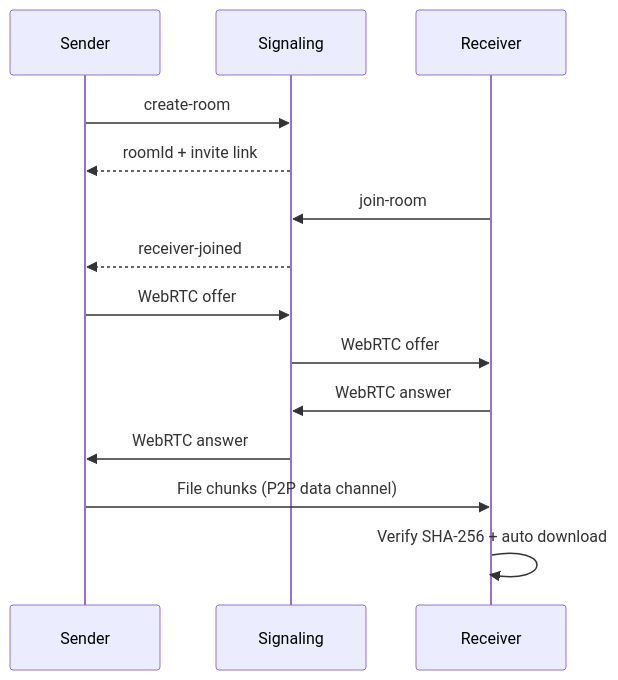
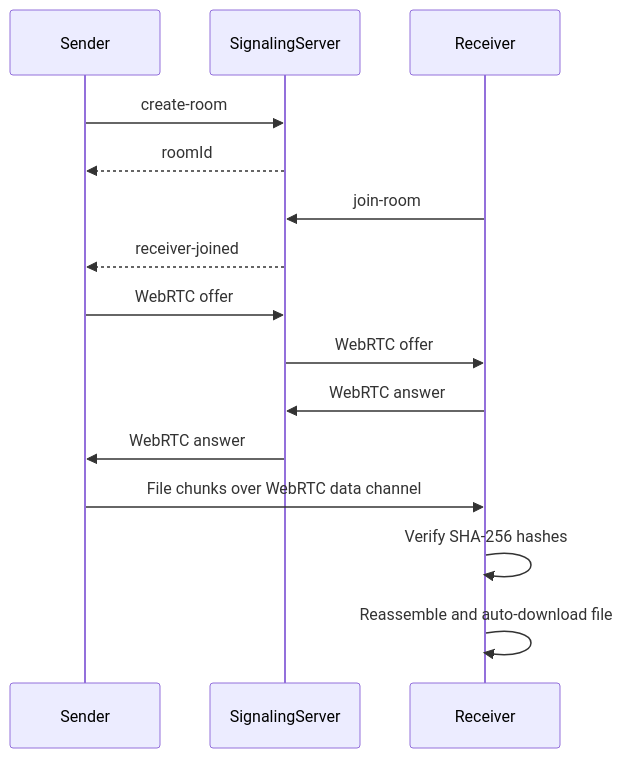
One commit to AltamashZahid/p2p-share-files changed the diagram in README.md. Above: the diagram before and after it, drawn with Mermaid. The commit also changed other lines of this file, not shown here.

````diff
--- a/README.md
+++ b/README.md
@@ -98,17 +118,18 @@
 ```mermaid
 sequenceDiagram
     participant Sender
-    participant Signaling
+    participant SignalingServer
     participant Receiver
 
-    Sender->>Signaling: create-room
-    Signaling-->>Sender: roomId + invite link
-    Receiver->>Signaling: join-room
-    Signaling-->>Sender: receiver-joined
-    Sender->>Signaling: WebRTC offer
-    Signaling->>Receiver: WebRTC offer
-    Receiver->>Signaling: WebRTC answer
-    Signaling->>Sender: WebRTC answer
-    Sender->>Receiver: File chunks (P2P data channel)
-    Receiver->>Receiver: Verify SHA-256 + auto download
+    Sender->>SignalingServer: create-room
+    SignalingServer-->>Sender: roomId
+    Receiver->>SignalingServer: join-room
+    SignalingServer-->>Sender: receiver-joined
+    Sender->>SignalingServer: WebRTC offer
+    SignalingServer->>Receiver: WebRTC offer
+    Receiver->>SignalingServer: WebRTC answer
+    SignalingServer->>Sender: WebRTC answer
+    Sender->>Receiver: File chunks over WebRTC data channel
+    Receiver->>Receiver: Verify SHA-256 hashes
+    Receiver->>Receiver: Reassemble and auto-download file
 ```
````
